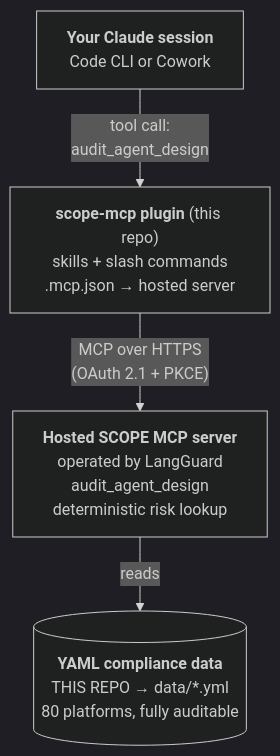
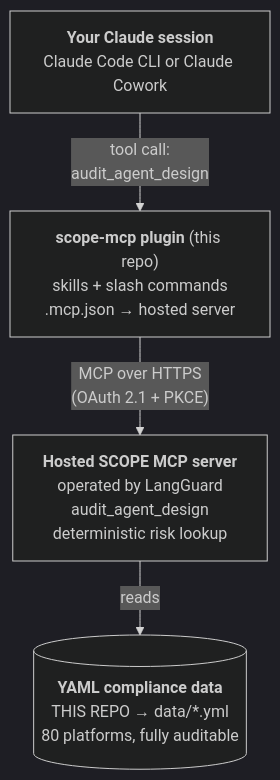
One commit to LangGuard-AI/scope-mcp changed the diagram in README.md. Above: the diagram before and after it, drawn with Mermaid (dark theme). The commit also changed other lines of this file, not shown here.

First line of the commit message:
README: 'Claude Cowork' (full name), exact repo URL, drop 'recommended'

````diff
--- a/README.md
+++ b/README.md
@@ -137,10 +137,10 @@
 ```mermaid
 flowchart TD
-    A["<b>Your Claude session</b><br/>Code CLI or Cowork"]
+    A["<b>Your Claude session</b><br/>Claude Code CLI or Claude Cowork"]
       -->|"tool call:<br/>audit_agent_design"| B
     B["<b>scope-mcp plugin</b> (this repo)<br/>skills + slash commands<br/>.mcp.json → hosted server"]
       -->|"MCP over HTTPS<br/>(OAuth 2.1 + PKCE)"| C
     C["<b>Hosted SCOPE MCP server</b><br/>operated by LangGuard<br/>audit_agent_design<br/>deterministic risk lookup"]
       -->|reads| D
     D[("<b>YAML compliance data</b><br/>THIS REPO → data/*.yml<br/>80 platforms, fully auditable")]
 ```
````
